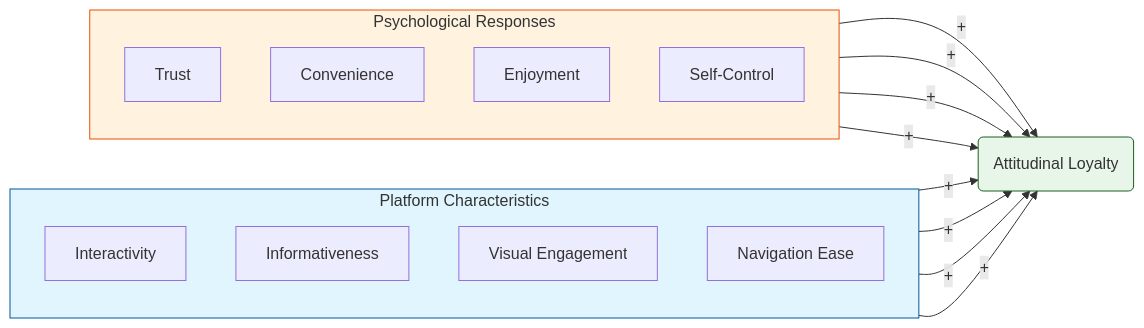
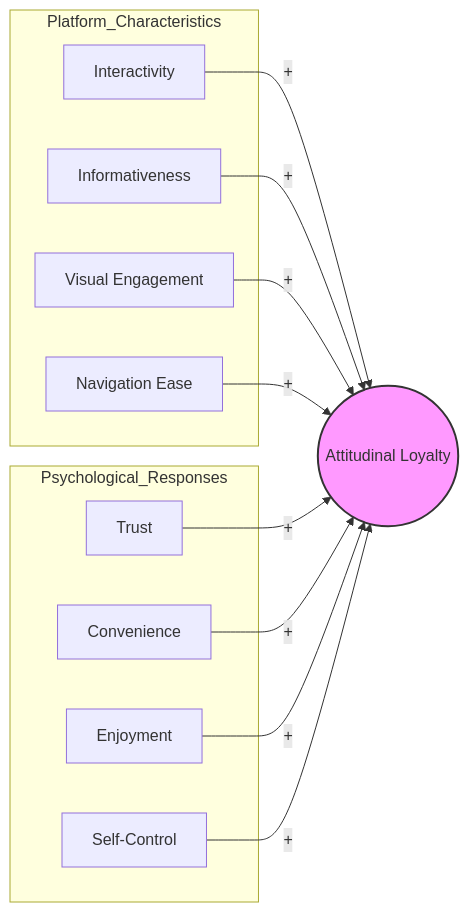
One commit to Thuhong1210/Mardata changed the first of 2 diagrams in MDA2025_REPORT_CORRECTED.md. Above: the diagram before and after it, drawn with Mermaid. The commit also changed other lines of this file, not shown here.

````diff
--- a/MDA2025_REPORT_CORRECTED.md
+++ b/MDA2025_REPORT_CORRECTED.md
@@ -699,34 +701,30 @@
 ```mermaid
 graph LR
-    subgraph Platform_Factors [Platform Characteristics]
-    direction TB
-    INT[Interactivity]
-    INF[Informativeness]
-    VE[Visual Engagement]
-    NVSE[Navigation Ease]
+    subgraph Platform_Characteristics
+        INT[Interactivity]
+        INF[Informativeness]
+        VE[Visual Engagement]
+        NVSE[Navigation Ease]
     end
 
-    subgraph Psych_Factors [Psychological Responses]
-    direction TB
-    TRUST[Trust]
-    CONV[Convenience]
-    ENJ[Enjoyment]
-    SC[Self-Control]
+    subgraph Psychological_Responses
+        TRUST[Trust]
+        CONV[Convenience]
+        ENJ[Enjoyment]
+        SC[Self-Control]
     end
 
-    AL(Attitudinal Loyalty)
+    AL((Attitudinal Loyalty))
 
     INT -->|+| AL
     INF -->|+| AL
     VE -->|+| AL
     NVSE -->|+| AL
-
+    
     TRUST -->|+| AL
     CONV -->|+| AL
     ENJ -->|+| AL
     SC -->|+| AL
 
-    style Platform_Factors fill:#e1f5fe,stroke:#01579b
-    style Psych_Factors fill:#fff3e0,stroke:#e65100
-    style AL fill:#e8f5e9,stroke:#1b5e20
+    style AL fill:#f9f,stroke:#333,stroke-width:2px
 ```
````
